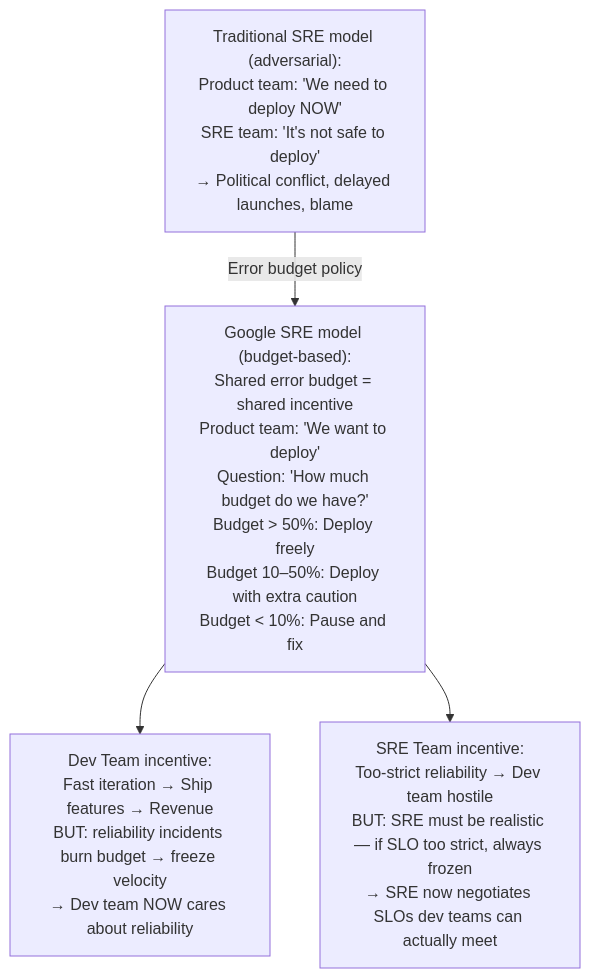
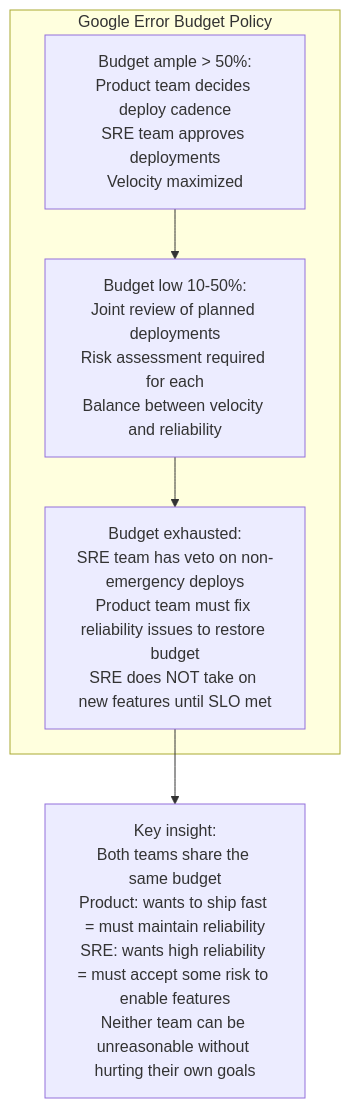
Before and after one commit to gauravprwl14/system-design-course: diagram 11 of 13 in docs-site/content/12-interview-prep/question-bank/observability-sre/slo-sla-error-budgets.md, drawn with Mermaid. The commit also changed other lines of this file and 3 other files, not shown here.

Commit message:
feat(question-bank): mobile-architecture COMPLETE (offline-first-sync + mobile-app-architecture)

````diff
--- a/docs-site/content/12-interview-prep/question-bank/observability-sre/slo-sla-error-budgets.md
+++ b/docs-site/content/12-interview-prep/question-bank/observability-sre/slo-sla-error-budgets.md
@@ -259,14 +373,15 @@
 ```mermaid
 graph TD
-  Problem["Traditional SRE model (adversarial):\nProduct team: 'We need to deploy NOW'\nSRE team: 'It's not safe to deploy'\n→ Political conflict, delayed launches, blame"]
+  subgraph Policy["Google Error Budget Policy"]
+    Ample["Budget ample > 50%:\nProduct team decides deploy cadence\nSRE team approves deployments\nVelocity maximized"]
 
-  Solution["Google SRE model (budget-based):\nShared error budget = shared incentive\nProduct team: 'We want to deploy'\nQuestion: 'How much budget do we have?'\nBudget > 50%: Deploy freely\nBudget 10–50%: Deploy with extra caution\nBudget < 10%: Pause and fix"]
+    Low["Budget low 10-50%:\nJoint review of planned deployments\nRisk assessment required for each\nBalance between velocity and reliability"]
 
-  Problem -->|"Error budget policy"| Solution
+    Exhaust["Budget exhausted:\nSRE team has veto on non-emergency deploys\nProduct team must fix reliability issues to restore budget\nSRE does NOT take on new features until SLO met"]
 
-  Dev["Dev Team incentive:\nFast iteration → Ship features → Revenue\nBUT: reliability incidents burn budget → freeze velocity\n→ Dev team NOW cares about reliability"]
+    Ample --> Low --> Exhaust
+  end
 
-  SRE["SRE Team incentive:\nToo-strict reliability → Dev team hostile\nBUT: SRE must be realistic — if SLO too strict, always frozen\n→ SRE now negotiates SLOs dev teams can actually meet"]
-
-  Solution --> Dev & SRE
+  Incentive["Key insight:\nBoth teams share the same budget\nProduct: wants to ship fast = must maintain reliability\nSRE: wants high reliability = must accept some risk to enable features\nNeither team can be unreasonable without hurting their own goals"]
+  Exhaust --> Incentive
 ```
````
